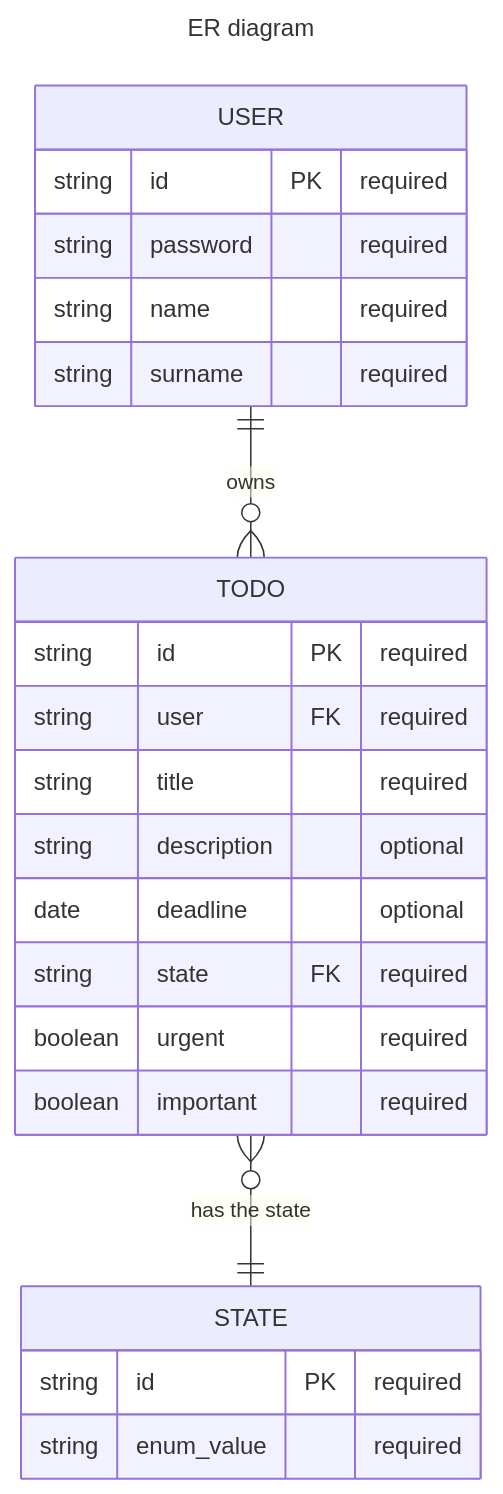
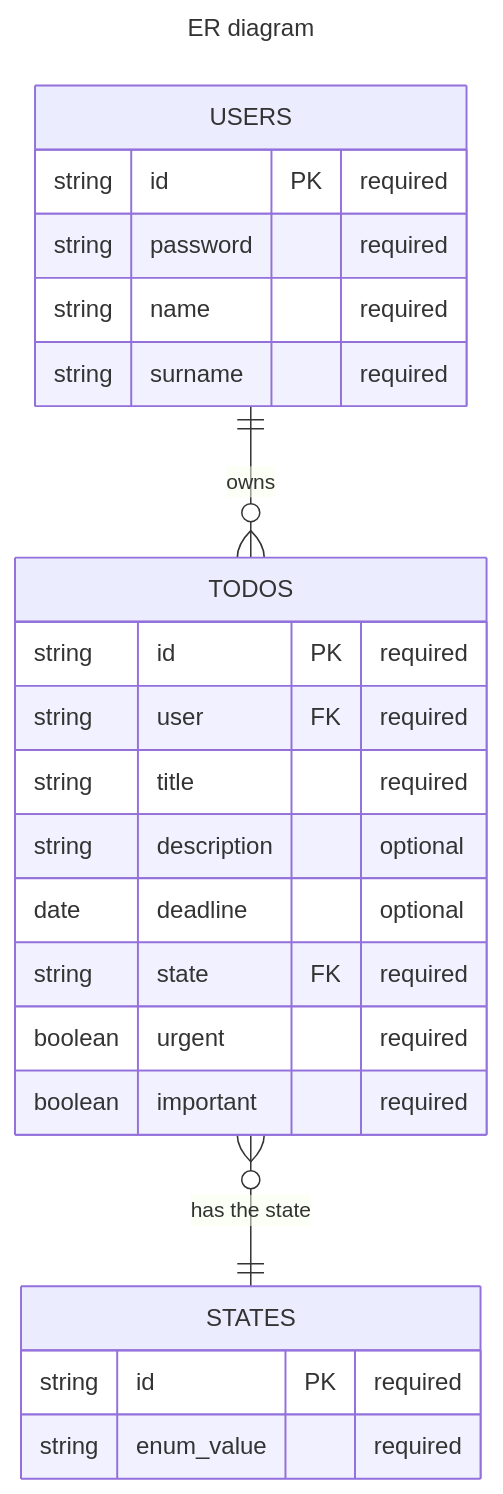
One commit to GabrielRGBQ/todos-gabriel changed the diagram in diagrams/er_diagram.mmd. Above: the diagram before and after it, drawn with Mermaid. The commit also changed 8 other files, not shown here.

```diff
--- a/diagrams/er_diagram.mmd
+++ b/diagrams/er_diagram.mmd
@@ -1,26 +1,26 @@
 ---
 title: ER diagram
 ---
 erDiagram
-    TODO {
+    TODOS {
         string id PK "required"
         string user FK "required"
         string title "required"
         string description "optional"
         date deadline "optional"
         string state FK "required"
         boolean urgent "required"
         boolean important "required"
     }
-    USER ||--o{ TODO : owns
-    USER {
+    USERS ||--o{ TODOS : owns
+    USERS {
         string id PK "required"
         string password "required"
         string name "required"
         string surname "required"
     }
-    TODO }o--|| STATE : "has the state"
-    STATE {
+    TODOS }o--|| STATES : "has the state"
+    STATES {
         string id PK "required"
         string enum_value "required"
     }
```
